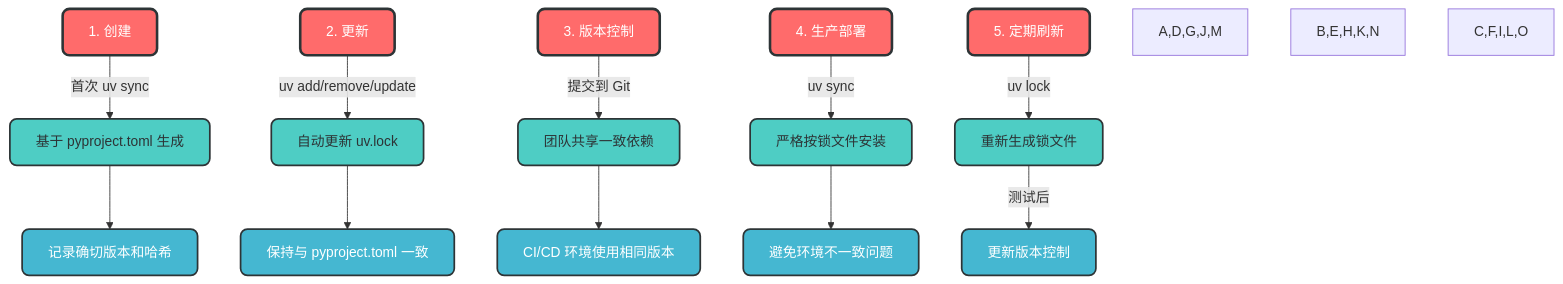
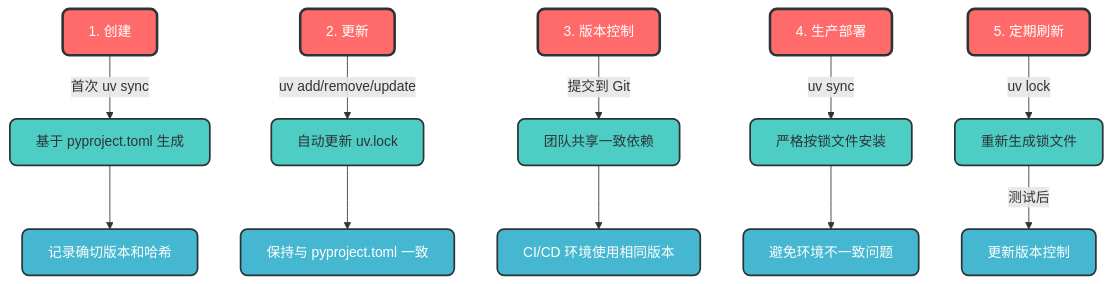
One commit to amuqiao/fastapi-enterprise-framework-template changed the fifth of 8 diagrams in docs/uv 管理 python 虚拟环境/uv 完整使用指南.md. Above: the diagram before and after it, drawn with Mermaid. The commit also changed other lines of this file, not shown here.

````diff
--- a/docs/uv 管理 python 虚拟环境/uv 完整使用指南.md
+++ b/docs/uv 管理 python 虚拟环境/uv 完整使用指南.md
@@ -236,25 +236,25 @@
 ```mermaid
 flowchart TD
     A[1. 创建] -->|首次 uv sync| B[基于 pyproject.toml 生成]
     B --> C[记录确切版本和哈希]
     
     D[2. 更新] -->|uv add/remove/update| E[自动更新 uv.lock]
     E --> F[保持与 pyproject.toml 一致]
     
     G[3. 版本控制] -->|提交到 Git| H[团队共享一致依赖]
     H --> I[CI/CD 环境使用相同版本]
     
     J[4. 生产部署] -->|uv sync| K[严格按锁文件安装]
     K --> L[避免环境不一致问题]
     
     M[5. 定期刷新] -->|uv lock| N[重新生成锁文件]
     N -->|测试后| O[更新版本控制]
     
     classDef step fill:#FF6B6B,stroke:#2D3436,stroke-width:3px,color:white,rx:8,ry:8;
     classDef action fill:#4ECDC4,stroke:#2D3436,stroke-width:2px,color:#2D3436,rx:8,ry:8;
     classDef result fill:#45B7D1,stroke:#2D3436,stroke-width:2px,color:white,rx:8,ry:8;
     
-    A,D,G,J,M:::step;
-    B,E,H,K,N:::action;
-    C,F,I,L,O:::result;
+    class A,D,G,J,M step;
+    class B,E,H,K,N action;
+    class C,F,I,L,O result;
 ```
````
